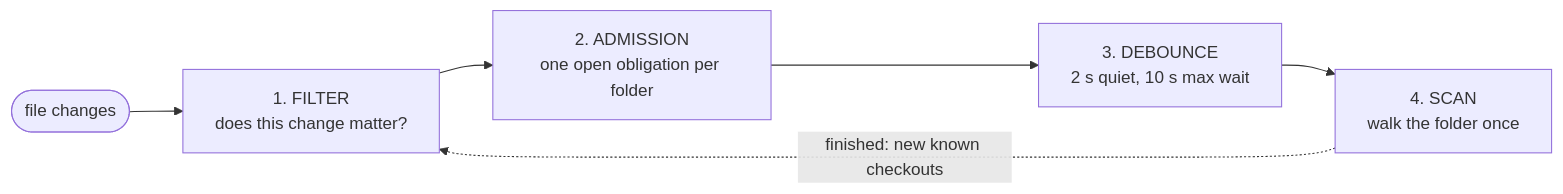
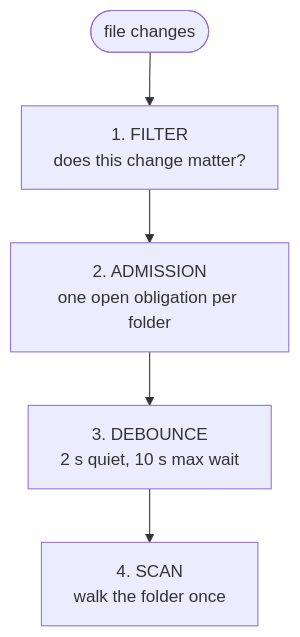
One commit to getagentstudio/agentstudio changed the first of 7 diagrams in docs/specs/2026-11-04-fsevents-overload/2026-11-04-fsevents-overload-program-design.md. Above: the diagram before and after it, drawn with Mermaid. The commit also changed other lines of this file and 2 other files, not shown here.

Commit message:
docs(specs): fit wide diagrams to the page canvas; split entity map

````diff
--- a/docs/specs/2026-11-04-fsevents-overload/2026-11-04-fsevents-overload-program-design.md
+++ b/docs/specs/2026-11-04-fsevents-overload/2026-11-04-fsevents-overload-program-design.md
@@ -11,8 +11,7 @@
 ```mermaid
-flowchart LR
+flowchart TD
   ev(["file changes"]) --> F["1. FILTER<br/>does this change matter?"]
   F --> A["2. ADMISSION<br/>one open obligation per folder"]
   A --> D["3. DEBOUNCE<br/>2 s quiet, 10 s max wait"]
   D --> S["4. SCAN<br/>walk the folder once"]
-  S -.->|"finished: new known checkouts"| F
 ```
````
